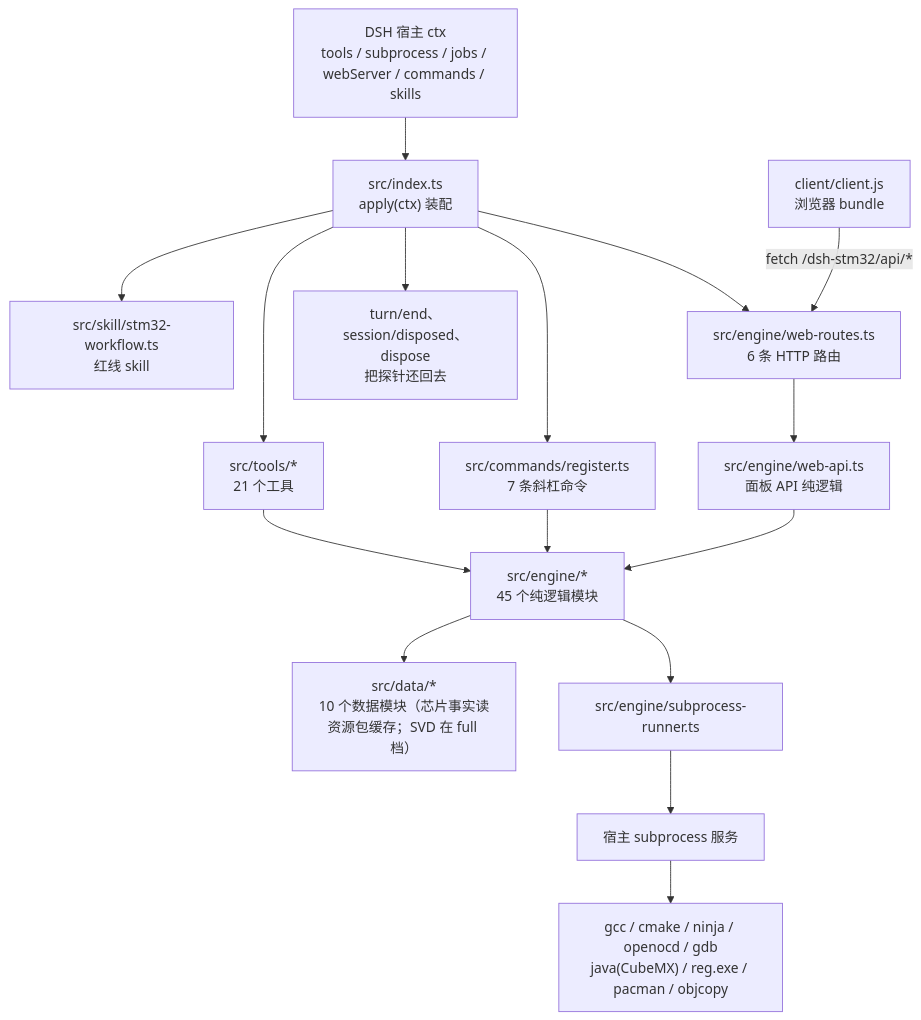
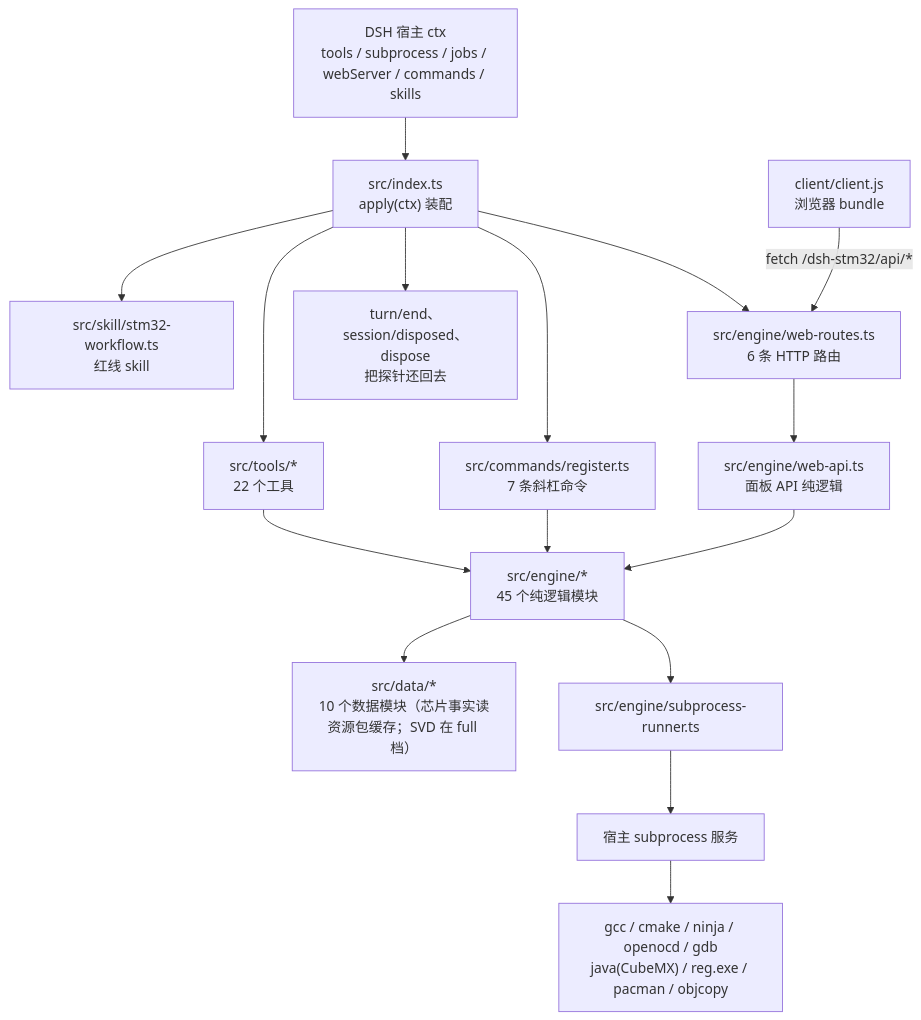
Before and after one commit to JingYu-er/dsh-stm32: the first of 15 diagrams in docs/reading-guide.md, drawn with Mermaid. The commit also changed other lines of this file and 13 other files, not shown here.

````diff
--- a/docs/reading-guide.md
+++ b/docs/reading-guide.md
@@ -44,18 +44,18 @@
 ```mermaid
 flowchart TD
   HOST["DSH 宿主 ctx<br/>tools / subprocess / jobs / webServer / commands / skills"] --> IDX["src/index.ts<br/>apply(ctx) 装配"]
-  IDX --> TOOLS["src/tools/*<br/>21 个工具"]
+  IDX --> TOOLS["src/tools/*<br/>22 个工具"]
   IDX --> CMDS["src/commands/register.ts<br/>7 条斜杠命令"]
   IDX --> SKILL["src/skill/stm32-workflow.ts<br/>红线 skill"]
   IDX --> WEB["src/engine/web-routes.ts<br/>6 条 HTTP 路由"]
   IDX --> EVT["turn/end、session/disposed、dispose<br/>把探针还回去"]
   TOOLS --> ENGINE["src/engine/*<br/>45 个纯逻辑模块"]
   CMDS --> ENGINE
   WEB --> API["src/engine/web-api.ts<br/>面板 API 纯逻辑"]
   API --> ENGINE
   ENGINE --> DATA["src/data/*<br/>10 个数据模块（芯片事实读资源包缓存；SVD 在 full 档）"]
   ENGINE --> RUN["src/engine/subprocess-runner.ts"]
   RUN --> OS["宿主 subprocess 服务"]
   OS --> BIN["gcc / cmake / ninja / openocd / gdb<br/>java(CubeMX) / reg.exe / pacman / objcopy"]
   CLIENT["client/client.js<br/>浏览器 bundle"] -->|"fetch /dsh-stm32/api/*"| WEB
 ```
````
